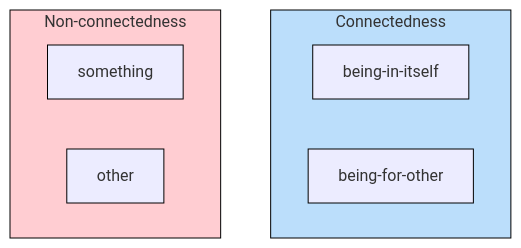
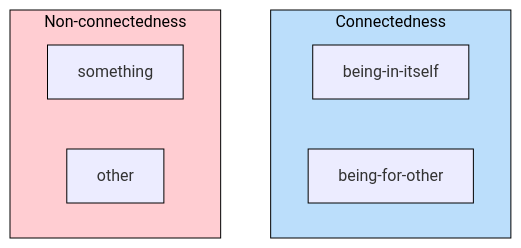
Before and after one commit to systemphil/sphil: the first of 3 diagrams in content/hegel/reference/something-and-other/development.mdx, drawn with Mermaid. The commit also changed other lines of this file and 1 other file, not shown here.

````diff
--- a/content/hegel/reference/something-and-other/development.mdx
+++ b/content/hegel/reference/something-and-other/development.mdx
@@ -220,19 +220,19 @@
 ```mermaid
 flowchart TD
  subgraph s1["Connectedness"]
         n1["being-in-itself"]
         A["being-for-other"]
   end
  subgraph s2["Non-connectedness"]
         n3["something"]
         n2["other"]
   end
 
     style n1 stroke:#000000
     style A stroke:#000000
     style n3 stroke:#000000
     style n2 stroke:#000000
-    style s2 stroke:#000000,fill:#FFCDD2
-    style s1 stroke:#000000,fill:#BBDEFB
+    style s2 stroke:#000000,fill:#FFCDD2,color:#000000
+    style s1 stroke:#000000,fill:#BBDEFB,color:#000000
 
 ```
````
